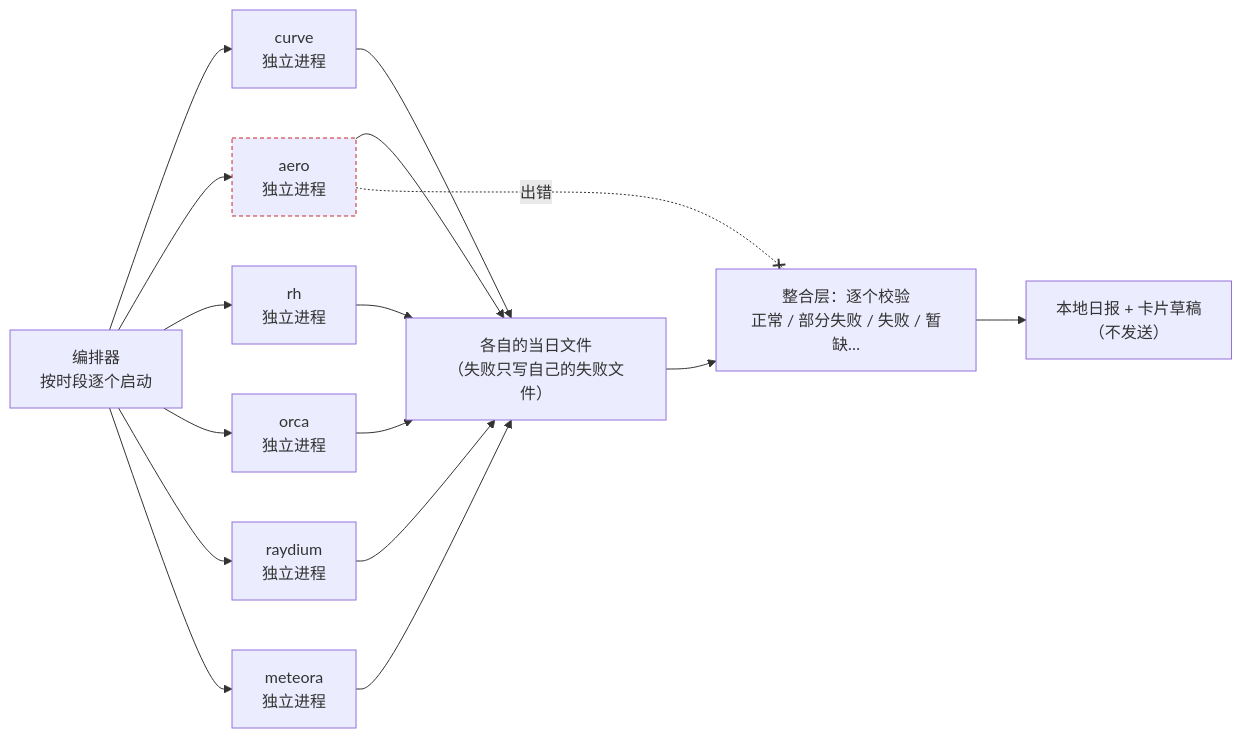
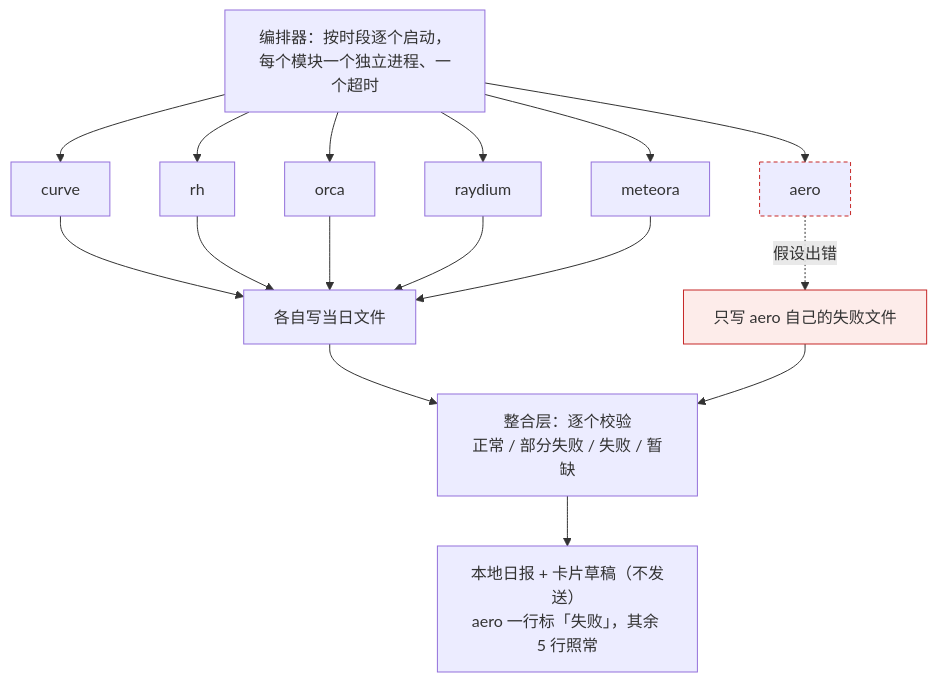
One commit to JulyWA/lp-monitor-3.0-snapshot changed the second of 4 diagrams in protocol-docs/lp-market-3.0-modular-brief.md. Above: the diagram before and after it, drawn with Mermaid. The commit also changed other lines of this file and 1 other file, not shown here.

Commit message:
宽图改成竖向

````diff
--- a/protocol-docs/lp-market-3.0-modular-brief.md
+++ b/protocol-docs/lp-market-3.0-modular-brief.md
@@ -41,10 +41,12 @@
 ```mermaid
-flowchart LR
-  O["编排器<br/>按时段逐个启动"] --> P1["curve<br/>独立进程"] & P2["aero<br/>独立进程"] & P3["rh<br/>独立进程"]
-  O --> P4["orca<br/>独立进程"] & P5["raydium<br/>独立进程"] & P6["meteora<br/>独立进程"]
-  P1 & P2 & P3 & P4 & P5 & P6 --> Fs["各自的当日文件<br/>（失败只写自己的失败文件）"]
-  Fs --> Ag["整合层：逐个校验<br/>正常 / 部分失败 / 失败 / 暂缺…"]
-  Ag --> D["本地日报 + 卡片草稿<br/>（不发送）"]
-  P2 -. "出错" .-x Ag
-  style P2 stroke:#c62828,stroke-dasharray: 4 3
+flowchart TB
+  O["编排器：按时段逐个启动，每个模块一个独立进程、一个超时"] --> M1["curve"] & M2["aero"] & M3["rh"]
+  O --> M4["orca"] & M5["raydium"] & M6["meteora"]
+  M1 & M3 & M4 & M5 & M6 --> F["各自写当日文件"]
+  M2 -. "假设出错" .-> E["只写 aero 自己的失败文件"]
+  F --> A["整合层：逐个校验<br/>正常 / 部分失败 / 失败 / 暂缺"]
+  E --> A
+  A --> D["本地日报 + 卡片草稿（不发送）<br/>aero 一行标「失败」，其余 5 行照常"]
+  style M2 stroke:#c62828,stroke-dasharray: 4 3
+  style E fill:#fdecea,stroke:#c62828
 ```
````
